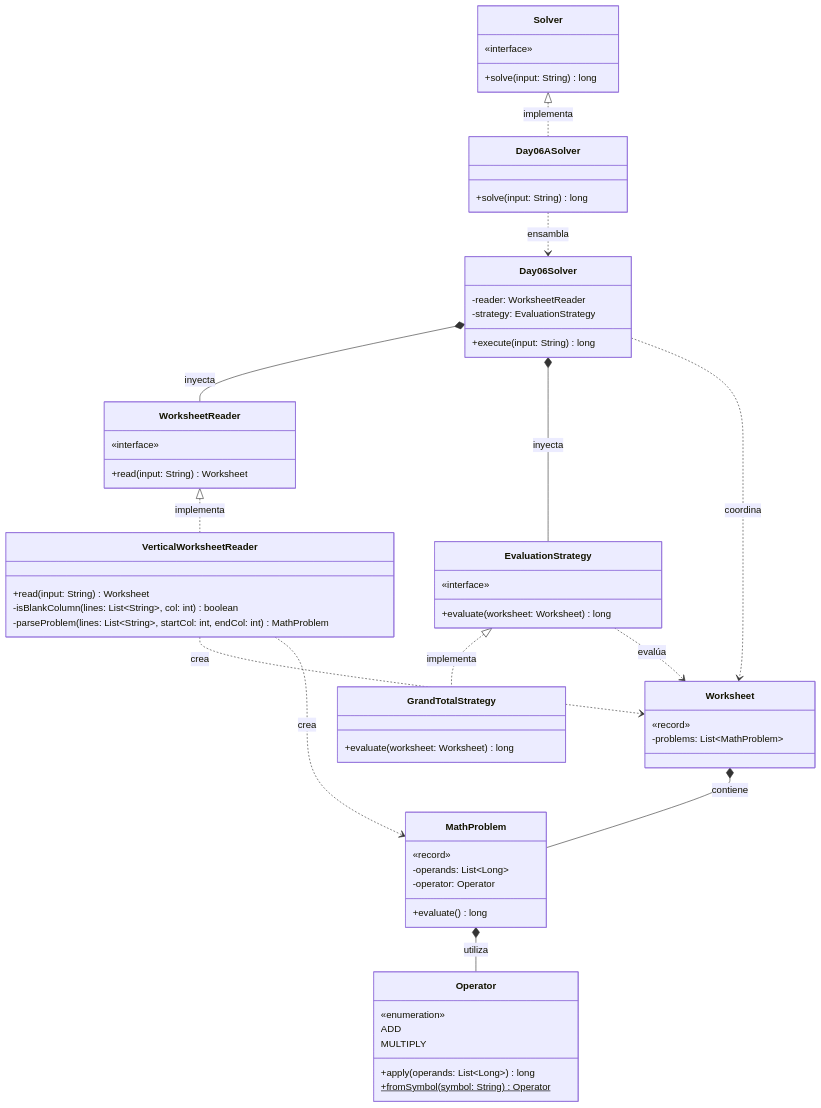
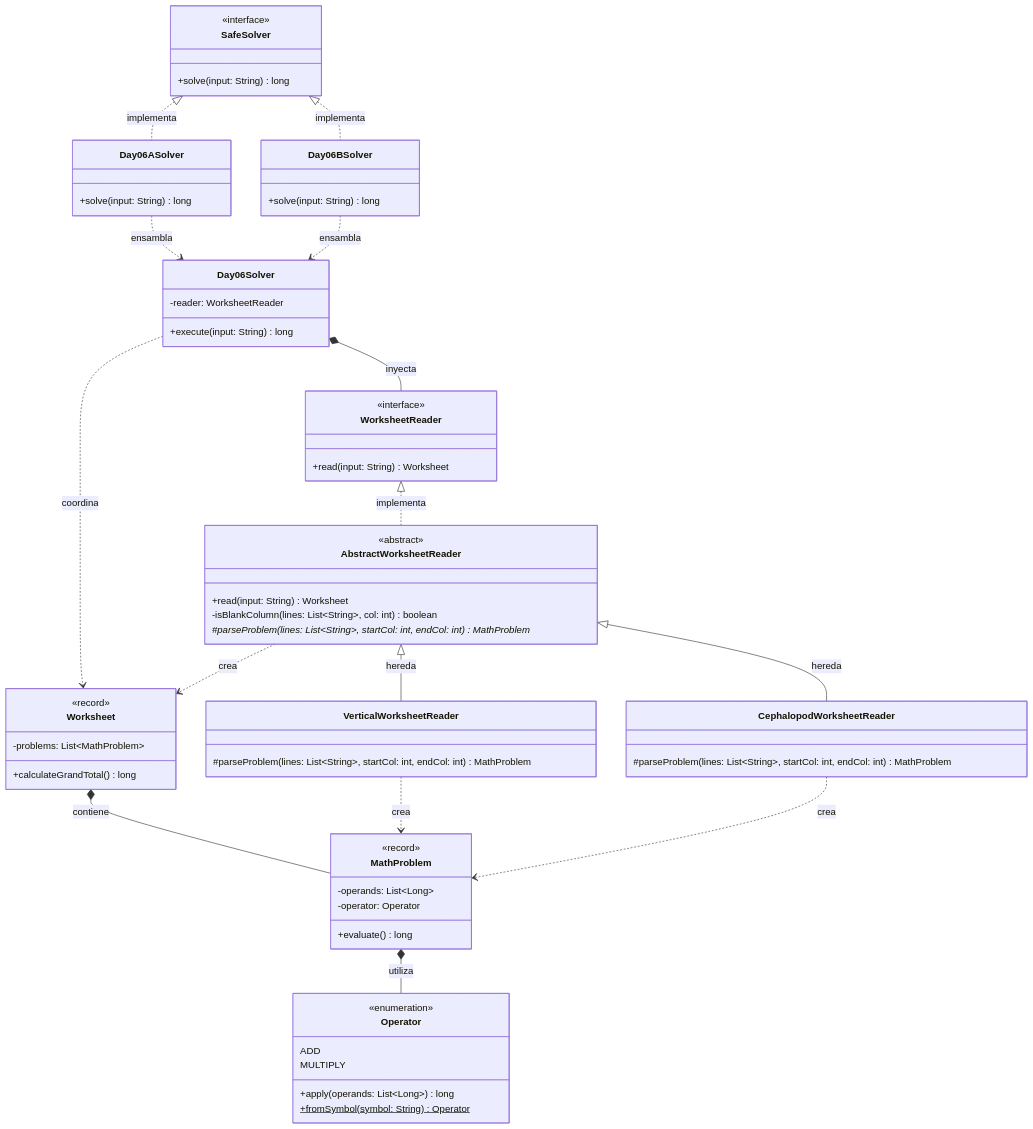
The diagram in src/main/java/software/aoc/day06/README.md (ivanperezdiaz829/AoC2025), drawn with Mermaid before and after one commit. The commit also changed other lines of this file and 9 other files, not shown here.

````diff
--- a/src/main/java/software/aoc/day06/README.md
+++ b/src/main/java/software/aoc/day06/README.md
@@ -36,75 +37,81 @@
 ```mermaid
 classDiagram
-    class Solver {
-        «interface»
-        +solve(input: String) long
-    }
+  class SafeSolver {
+    <<interface>>
+    +solve(input: String) long
+  }
 
-    class Day06ASolver {
-        +solve(input: String) long
-    }
+  class Day06ASolver {
+    +solve(input: String) long
+  }
 
-    class Day06Solver {
-        -reader: WorksheetReader
-        -strategy: EvaluationStrategy
-        +execute(input: String) long
-    }
+  class Day06BSolver {
+    +solve(input: String) long
+  }
 
-    class Worksheet {
-        «record»
-        -problems: List~MathProblem~
-    }
+  class Day06Solver {
+    -reader: WorksheetReader
+    +execute(input: String) long
+  }
 
-    class MathProblem {
-        «record»
-        -operands: List~Long~
-        -operator: Operator
-        +evaluate() long
-    }
-    
-    class Operator {
-        «enumeration»
-        ADD
-        MULTIPLY
-        +apply(operands: List~Long~) long
-        +fromSymbol(symbol: String) Operator$
-    }
+  class Worksheet {
+    <<record>>
+    -problems: List~MathProblem~
+    +calculateGrandTotal() long
+  }
 
-    class WorksheetReader {
-        «interface»
-        +read(input: String) Worksheet
-    }
+  class MathProblem {
+    <<record>>
+    -operands: List~Long~
+    -operator: Operator
+    +evaluate() long
+  }
 
-    class VerticalWorksheetReader {
-        +read(input: String) Worksheet
-        -isBlankColumn(lines: List~String~, col: int) boolean
-        -parseProblem(lines: List~String~, startCol: int, endCol: int) MathProblem
-    }
-    
-    class EvaluationStrategy {
-        «interface»
-        +evaluate(worksheet: Worksheet) long
-    }
-    
-    class GrandTotalStrategy {
-        +evaluate(worksheet: Worksheet) long
-    }
+  class Operator {
+    <<enumeration>>
+    ADD
+    MULTIPLY
+    +apply(operands: List~Long~) long
+    +fromSymbol(symbol: String) Operator$
+  }
 
-%% Relaciones de Implementación
-    Solver <|.. Day06ASolver : implementa
-    WorksheetReader <|.. VerticalWorksheetReader : implementa
-    EvaluationStrategy <|.. GrandTotalStrategy : implementa
+  class WorksheetReader {
+    <<interface>>
+    +read(input: String) Worksheet
+  }
 
-%% Relaciones de Orquestación e Inyección
-    Day06ASolver ..> Day06Solver : ensambla
-    Day06Solver *-- WorksheetReader : inyecta
-    Day06Solver *-- EvaluationStrategy : inyecta
+  class AbstractWorksheetReader {
+    <<abstract>>
+    +read(input: String) Worksheet
+    -isBlankColumn(lines: List~String~, col: int) boolean
+    #parseProblem(lines: List~String~, startCol: int, endCol: int)* MathProblem
+  }
 
-%% Dependencias de Dominio
-    Worksheet *-- MathProblem : contiene
-    MathProblem *-- Operator : utiliza
-    VerticalWorksheetReader ..> Worksheet : crea
-    VerticalWorksheetReader ..> MathProblem : crea
-    Day06Solver ..> Worksheet : coordina
-    EvaluationStrategy ..> Worksheet : evalúa
+  class VerticalWorksheetReader {
+    #parseProblem(lines: List~String~, startCol: int, endCol: int) MathProblem
+  }
+
+  class CephalopodWorksheetReader {
+    #parseProblem(lines: List~String~, startCol: int, endCol: int) MathProblem
+  }
+
+%% Relaciones de Implementación y Herencia
+  SafeSolver <|.. Day06ASolver : implementa
+  SafeSolver <|.. Day06BSolver : implementa
+  WorksheetReader <|.. AbstractWorksheetReader : implementa
+  AbstractWorksheetReader <|-- VerticalWorksheetReader : hereda
+  AbstractWorksheetReader <|-- CephalopodWorksheetReader : hereda
+
+%% Relaciones de Ensamblaje e Inyección
+  Day06ASolver ..> Day06Solver : ensambla
+  Day06BSolver ..> Day06Solver : ensambla
+  Day06Solver *-- WorksheetReader : inyecta
+
+%% Relaciones de Dominio
+  Day06Solver ..> Worksheet : coordina
+  Worksheet *-- MathProblem : contiene
+  MathProblem *-- Operator : utiliza
+  AbstractWorksheetReader ..> Worksheet : crea
+  VerticalWorksheetReader ..> MathProblem : crea
+  CephalopodWorksheetReader ..> MathProblem : crea
 ```
````
